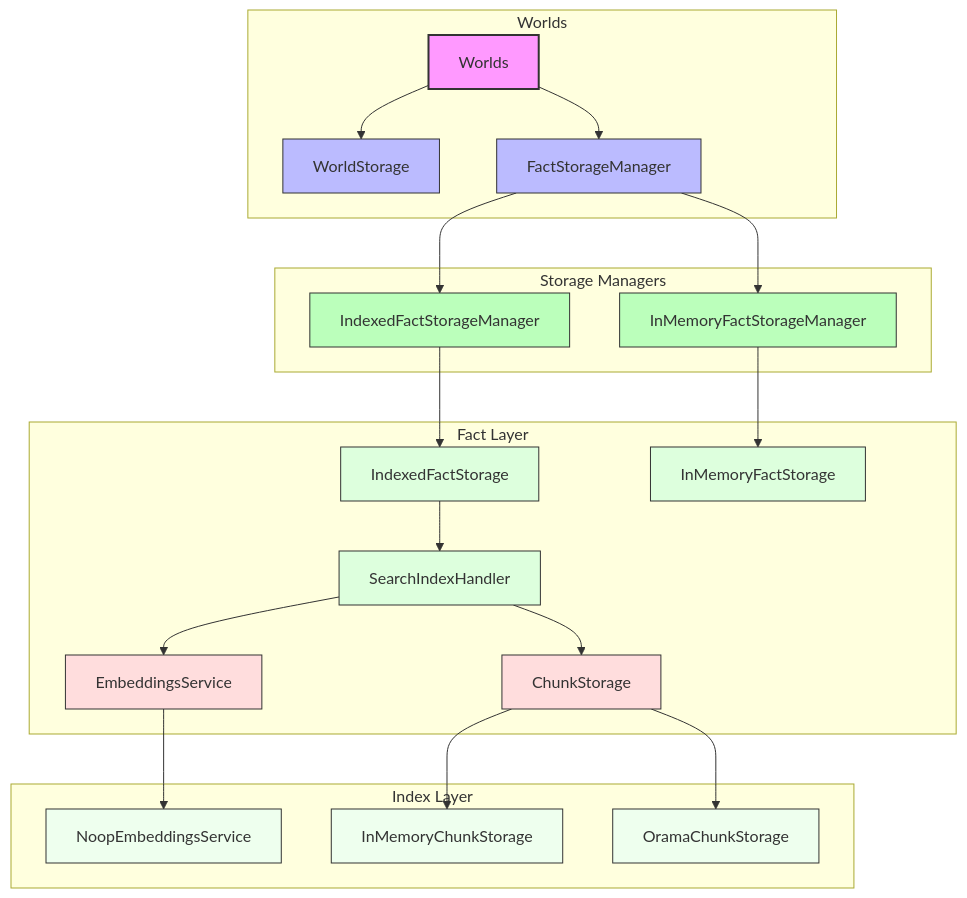
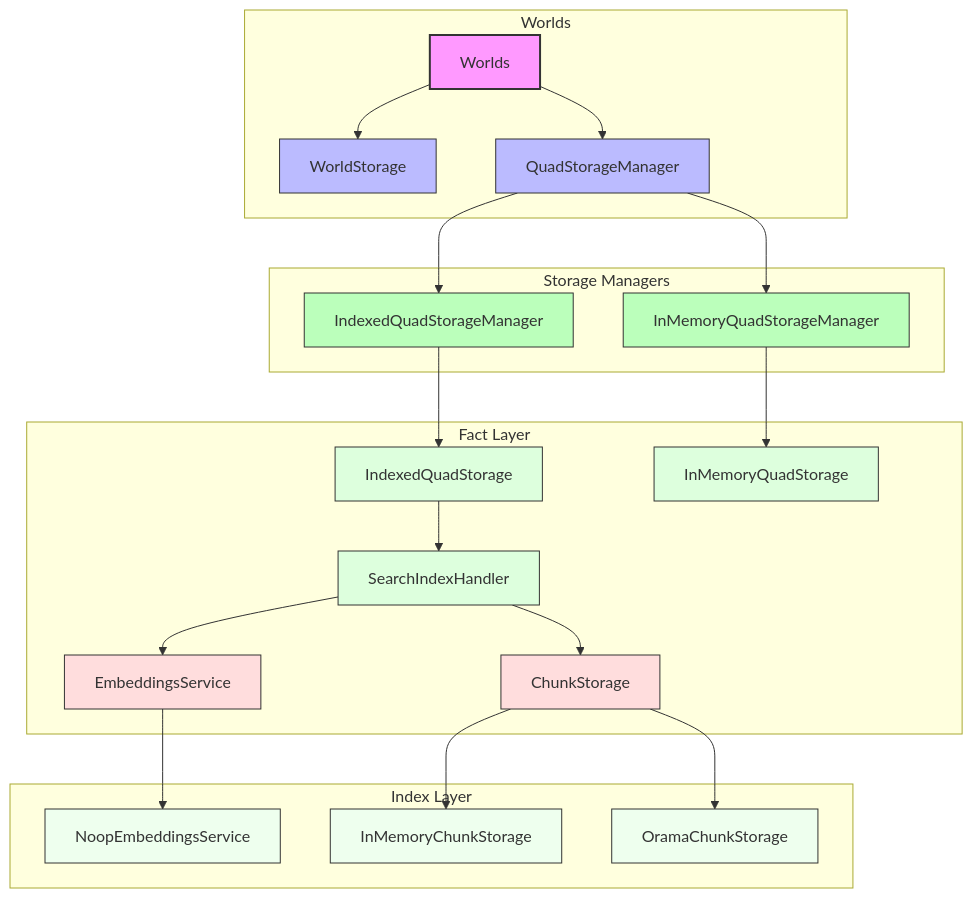
One commit to wazootech/worlds-api changed the fifth of 5 diagrams in docs/ARCHITECTURE.md. Above: the diagram before and after it, drawn with Mermaid. The commit also changed other lines of this file and 27 other files, not shown here.

First line of the commit message:
refactor: rename fact storage APIs to quad storage

````diff
--- a/docs/ARCHITECTURE.md
+++ b/docs/ARCHITECTURE.md
@@ -311,40 +311,40 @@
 ```mermaid
 flowchart TB
     subgraph Worlds
         A[Worlds] --> B[WorldStorage]
-        A --> C[FactStorageManager]
+        A --> C[QuadStorageManager]
     end
     
     subgraph Storage Managers
-        C --> D[IndexedFactStorageManager]
-        C --> E[InMemoryFactStorageManager]
+        C --> D[IndexedQuadStorageManager]
+        C --> E[InMemoryQuadStorageManager]
     end
     
     subgraph Fact Layer
-        D --> F[IndexedFactStorage]
-        E --> G[InMemoryFactStorage]
+        D --> F[IndexedQuadStorage]
+        E --> G[InMemoryQuadStorage]
         F --> H[SearchIndexHandler]
         H --> I[EmbeddingsService]
         H --> J[ChunkStorage]
     end
     
     subgraph Index Layer
         I --> K[NoopEmbeddingsService]
         J --> L[InMemoryChunkStorage]
         J --> M[OramaChunkStorage]
     end
     
     style A fill:#f9f,stroke:#333,stroke-width:2px
     style B fill:#bbf,stroke:#333
     style C fill:#bbf,stroke:#333
     style D fill:#bfb,stroke:#333
     style E fill:#bfb,stroke:#333
     style F fill:#dfd,stroke:#333
     style G fill:#dfd,stroke:#333
     style H fill:#dfd,stroke:#333
     style I fill:#fdd,stroke:#333
     style J fill:#fdd,stroke:#333
     style K fill:#efe,stroke:#333
     style L fill:#efe,stroke:#333
     style M fill:#efe,stroke:#333
 ```
````
